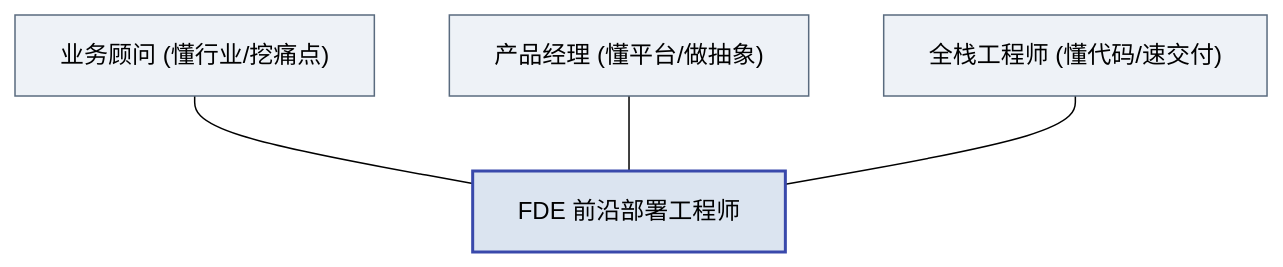
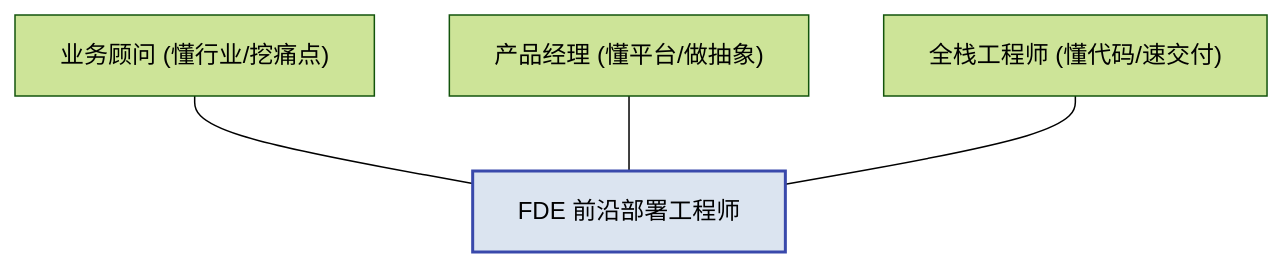
Before and after one commit to cloudzun/fde-course: the first of 2 diagrams in textbook/第01章_FDE是什么.md, drawn with Mermaid (forest theme). The commit also changed other lines of this file and 10 other files, not shown here.

Commit message:
style: 全库mermaid配色统一以第11章为标准——删主色灰底style，仅保留强调蓝/琥珀金/绿/红四色点缀（40行，方向与第11章图不动）

````diff
--- a/textbook/第01章_FDE是什么.md
+++ b/textbook/第01章_FDE是什么.md
@@ -44,15 +44,12 @@
 ```mermaid
 graph TD
     biz["业务顾问 (懂行业/挖痛点)"]
     prod["产品经理 (懂平台/做抽象)"]
     eng["全栈工程师 (懂代码/速交付)"]
     
     biz --- FDE["FDE 前沿部署工程师"]
     prod --- FDE
     eng --- FDE
     
-    style biz fill:#eef2f7,stroke:#5a6b7f
-    style prod fill:#eef2f7,stroke:#5a6b7f
-    style eng fill:#eef2f7,stroke:#5a6b7f
     style FDE fill:#dbe4f0,stroke:#3949ab,stroke-width:2px
 ```
````
